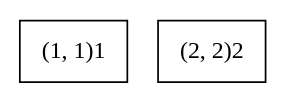
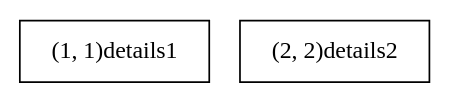
One commit to marcosbondel/EDD_1S2025_202202410 changed the diagram in Phase1/reports/Logs.dot. Above: the diagram before and after it, drawn with Graphviz. The commit also changed 14 other files, not shown here.

```diff
--- a/Phase1/reports/Logs.dot
+++ b/Phase1/reports/Logs.dot
@@ -1,8 +1,8 @@
 digraph G {
     node [shape=record];
     rankdir=TB;
     node_1_1 [label="(1, 1)
-1"];
+details1"];
     node_2_2 [label="(2, 2)
-2"];
+details2"];
 }
```
